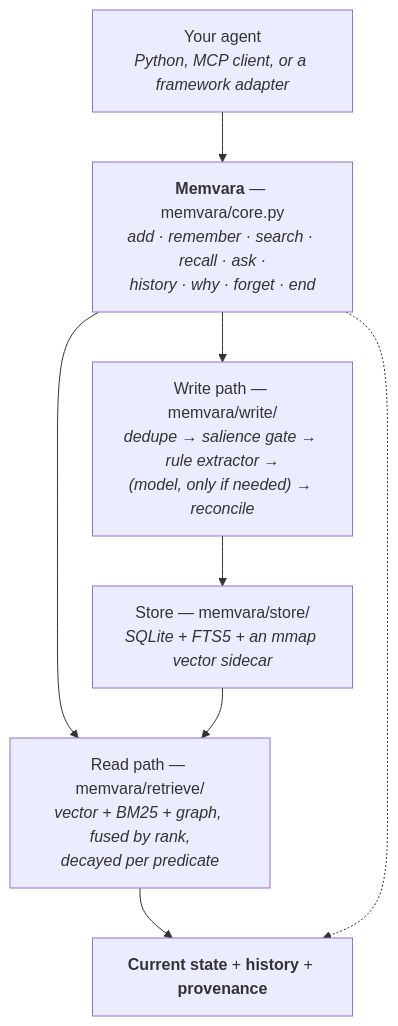
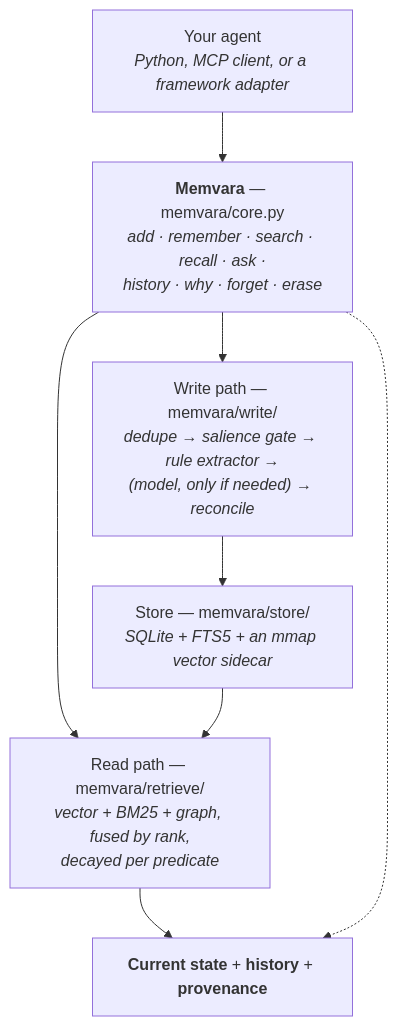
The diagram in README.md (memvara/memvara), drawn with Mermaid before and after one commit. The commit also changed other lines of this file and 8 other files, not shown here.

````diff
--- a/README.md
+++ b/README.md
@@ -355,17 +355,17 @@
 ```mermaid
 flowchart TD
     A["Your agent<br/><i>Python, MCP client, or a framework adapter</i>"]
-    B["<b>Memvara</b> — memvara/core.py<br/><i>add · remember · search · recall · ask ·<br/>history · why · forget · end</i>"]
+    B["<b>Memvara</b> — memvara/core.py<br/><i>add · remember · search · recall · ask ·<br/>history · why · forget · erase</i>"]
     W["Write path — memvara/write/<br/><i>dedupe → salience gate → rule extractor →<br/>(model, only if needed) → reconcile</i>"]
     R["Read path — memvara/retrieve/<br/><i>vector + BM25 + graph, fused by rank,<br/>decayed per predicate</i>"]
     S["Store — memvara/store/<br/><i>SQLite + FTS5 + an mmap vector sidecar</i>"]
     O["<b>Current state</b> + <b>history</b> + <b>provenance</b>"]
 
     A --> B
     B --> W
     B --> R
     W --> S
     S --> R
     R --> O
     B -.-> O
 ```
````
